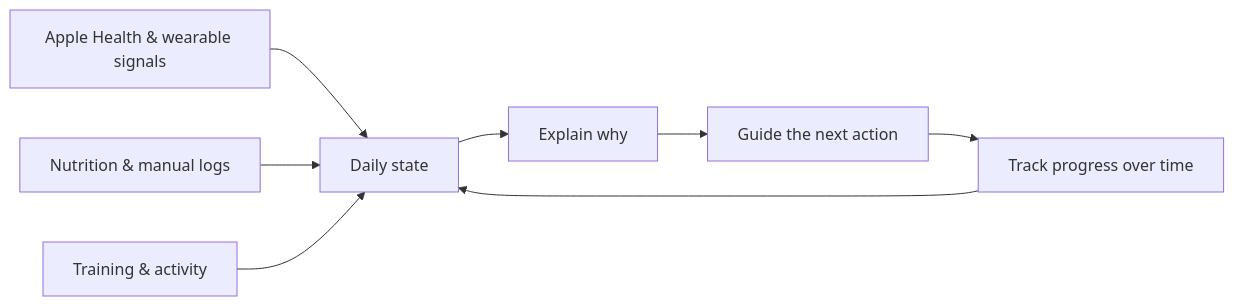
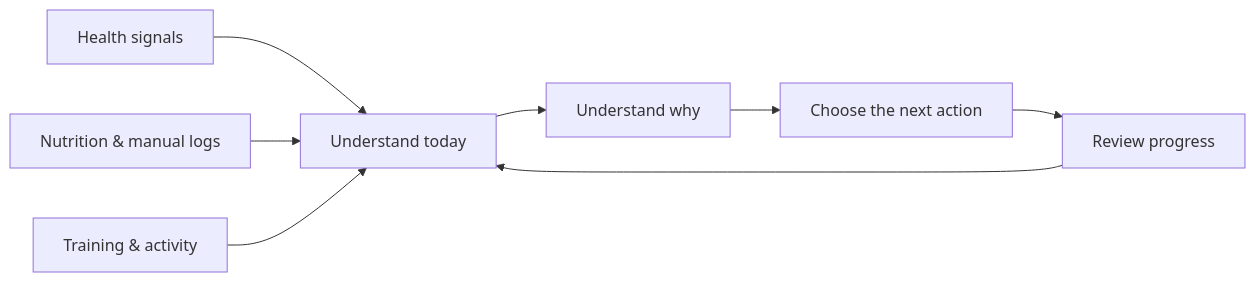
Before and after one commit to momaoalo/halaty-project-showcase: the first of 3 diagrams in README.md, drawn with Mermaid. The commit also changed other lines of this file, not shown here.

````diff
--- a/README.md
+++ b/README.md
@@ -93,10 +53,10 @@
 ```mermaid
 flowchart LR
-    A[Apple Health & wearable signals] --> D[Daily state]
+    A[Health signals] --> D[Understand today]
     B[Nutrition & manual logs] --> D
     C[Training & activity] --> D
-    D --> E[Explain why]
-    E --> F[Guide the next action]
-    F --> G[Track progress over time]
+    D --> E[Understand why]
+    E --> F[Choose the next action]
+    F --> G[Review progress]
     G --> D
 ```
````
